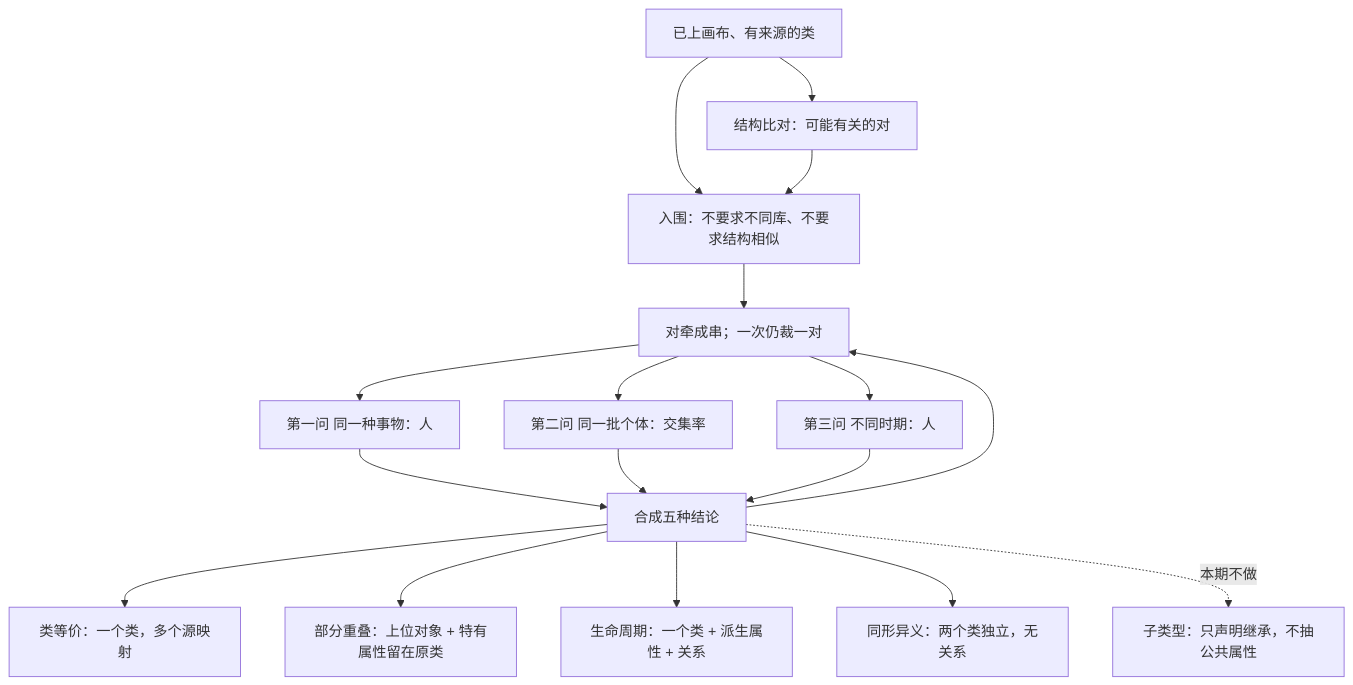
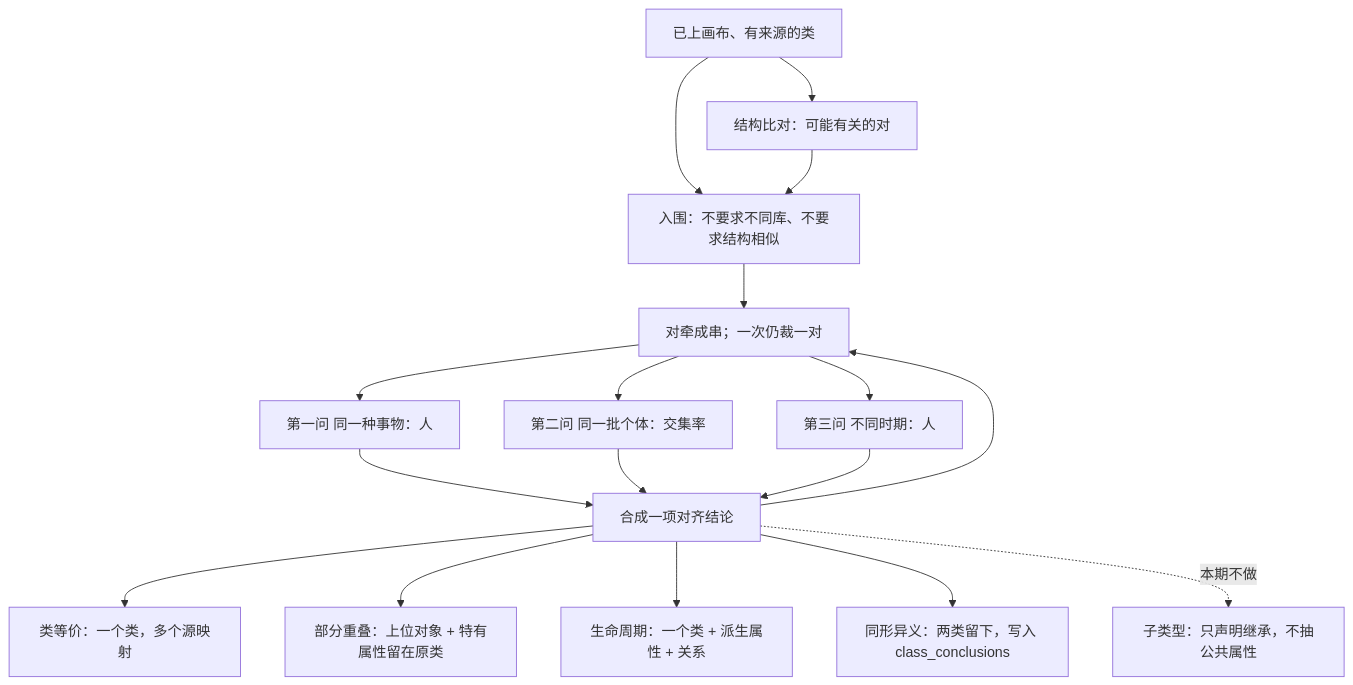
Before and after one commit to majiang213/Ontos: the fourth of 8 diagrams in docs/ontos-article.md, drawn with Mermaid. The commit also changed other lines of this file and 45 other files, not shown here.

````diff
--- a/docs/ontos-article.md
+++ b/docs/ontos-article.md
@@ -165,19 +167,19 @@
 ```mermaid
 flowchart TD
     S["已上画布、有来源的类"] --> R["结构比对：可能有关的对"]
     S --> E0["入围：不要求不同库、不要求结构相似"]
     R --> E0
     E0 --> STR["对牵成串；一次仍裁一对"]
     STR --> Q1["第一问 同一种事物：人"]
     STR --> Q2["第二问 同一批个体：交集率"]
     STR --> Q3["第三问 不同时期：人"]
-    Q1 --> D["合成五种结论"]
+    Q1 --> D["合成一项对齐结论"]
     Q2 --> D
     Q3 --> D
     D --> STR
     D --> E["类等价：一个类，多个源映射"]
     D --> F["部分重叠：上位对象 + 特有属性留在原类"]
     D --> G["生命周期：一个类 + 派生属性 + 关系"]
-    D --> H["同形异义：两个类独立，无关系"]
+    D --> H["同形异义：两类留下，写入 class_conclusions"]
     D -.->|本期不做| I["子类型：只声明继承，不抽公共属性"]
 ```
````
